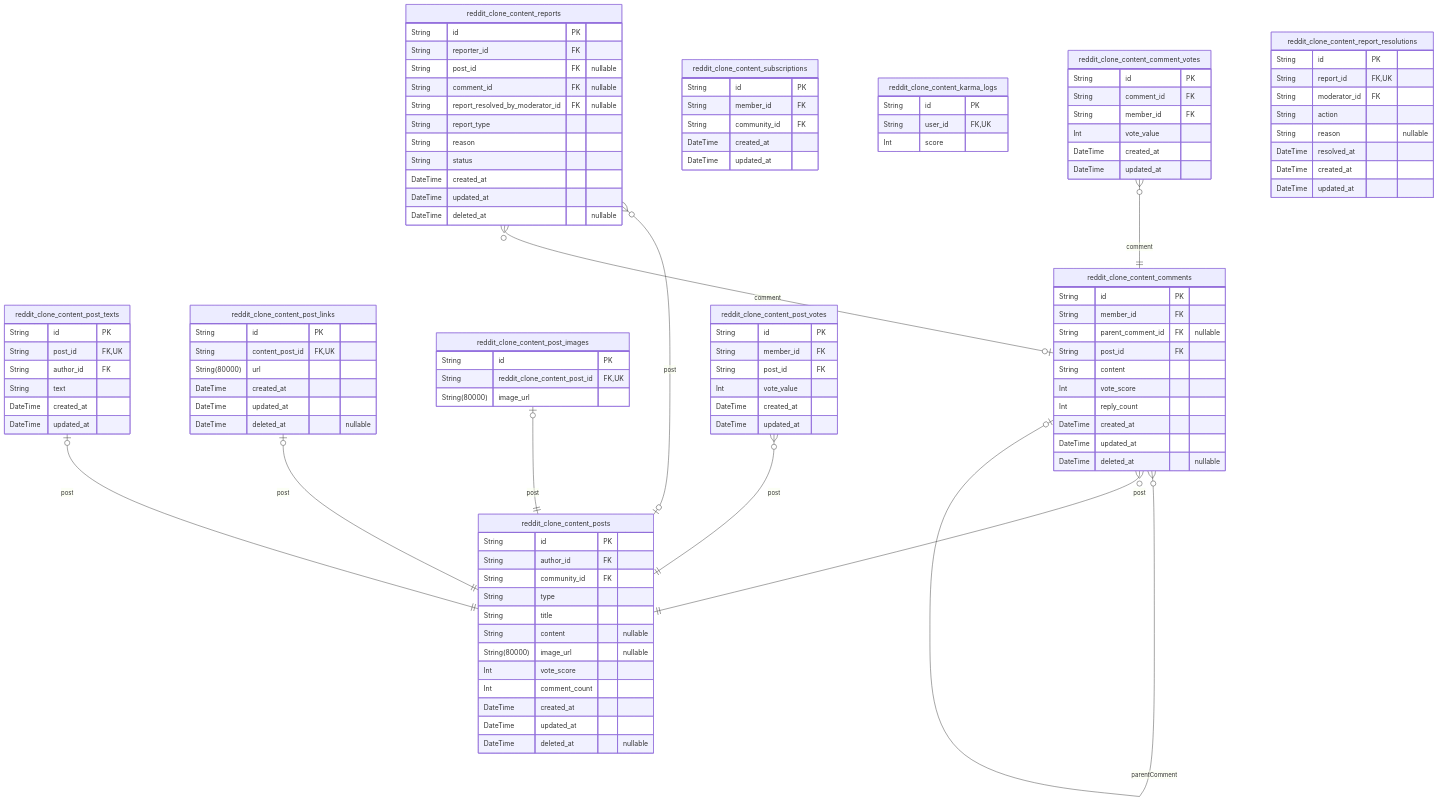
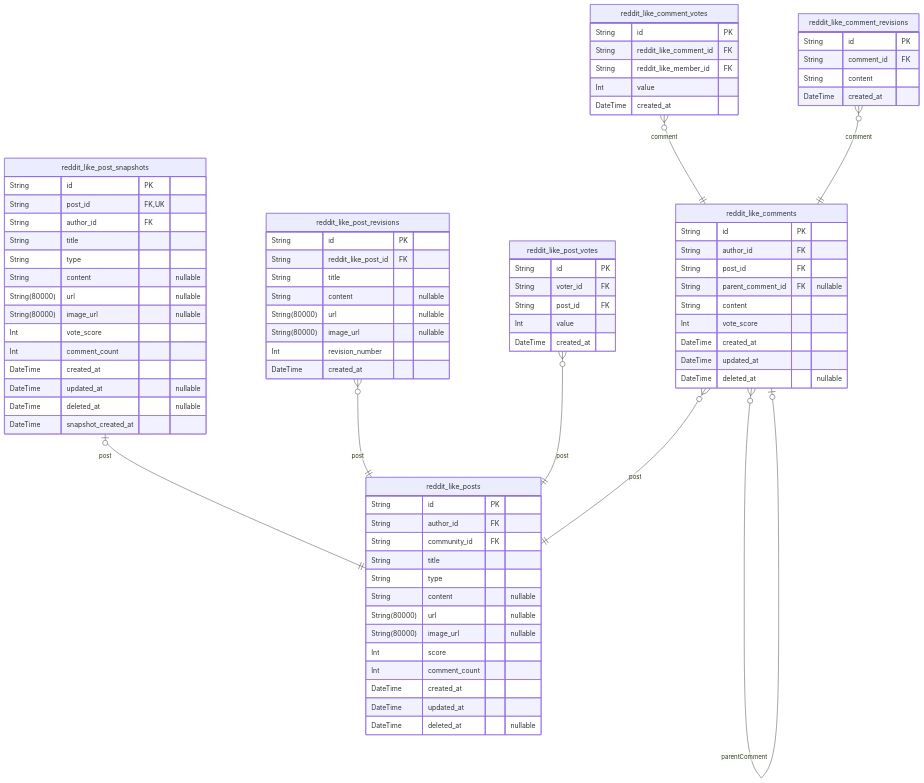
Before and after one commit to wrtnlabs/autobe-examples: the third of 6 diagrams in qwen/qwen3-coder-next/reddit/docs/ERD.md, drawn with Mermaid. The commit also changed other lines of this file and 17098 other files, not shown here.

````diff
--- a/qwen/qwen3-coder-next/reddit/docs/ERD.md
+++ b/qwen/qwen3-coder-next/reddit/docs/ERD.md
@@ -642,110 +571,82 @@
 ```mermaid
 erDiagram
-"reddit_clone_content_posts" {
+"reddit_like_posts" {
   String id PK
   String author_id FK
   String community_id FK
+  String title
   String type
-  String title
   String content "nullable"
+  String(80000) url "nullable"
   String(80000) image_url "nullable"
-  Int vote_score
+  Int score
   Int comment_count
   DateTime created_at
   DateTime updated_at
   DateTime deleted_at "nullable"
 }
-"reddit_clone_content_post_texts" {
+"reddit_like_post_snapshots" {
   String id PK
   String post_id FK,UK
   String author_id FK
-  String text
+  String title
+  String type
+  String content "nullable"
+  String(80000) url "nullable"
+  String(80000) image_url "nullable"
+  Int vote_score
+  Int comment_count
   DateTime created_at
-  DateTime updated_at
+  DateTime updated_at "nullable"
+  DateTime deleted_at "nullable"
+  DateTime snapshot_created_at
 }
-"reddit_clone_content_post_links" {
+"reddit_like_post_revisions" {
   String id PK
-  String content_post_id FK,UK
-  String(80000) url
+  String reddit_like_post_id FK
+  String title
+  String content "nullable"
+  String(80000) url "nullable"
+  String(80000) image_url "nullable"
+  Int revision_number
+  DateTime created_at
+}
+"reddit_like_post_votes" {
+  String id PK
+  String voter_id FK
+  String post_id FK
+  Int value
+  DateTime created_at
+}
+"reddit_like_comments" {
+  String id PK
+  String author_id FK
+  String post_id FK
+  String parent_comment_id FK "nullable"
+  String content
+  Int vote_score
   DateTime created_at
   DateTime updated_at
   DateTime deleted_at "nullable"
 }
-"reddit_clone_content_post_images" {
+"reddit_like_comment_votes" {
   String id PK
-  String reddit_clone_content_post_id FK,UK
-  String(80000) image_url
+  String reddit_like_comment_id FK
+  String reddit_like_member_id FK
+  Int value
+  DateTime created_at
 }
-"reddit_clone_content_comments" {
-  String id PK
-  String member_id FK
-  String parent_comment_id FK "nullable"
-  String post_id FK
-  String content
-  Int vote_score
-  Int reply_count
-  DateTime created_at
-  DateTime updated_at
-  DateTime deleted_at "nullable"
-}
-"reddit_clone_content_post_votes" {
-  String id PK
-  String member_id FK
-  String post_id FK
-  Int vote_value
-  DateTime created_at
-  DateTime updated_at
-}
-"reddit_clone_content_comment_votes" {
+"reddit_like_comment_revisions" {
   String id PK
   String comment_id FK
-  String member_id FK
-  Int vote_value
+  String content
   DateTime created_at
-  DateTime updated_at
 }
-"reddit_clone_content_subscriptions" {
-  String id PK
-  String member_id FK
-  String community_id FK
-  DateTime created_at
-  DateTime updated_at
-}
-"reddit_clone_content_karma_logs" {
-  String id PK
-  String user_id FK,UK
-  Int score
-}
-"reddit_clone_content_reports" {
-  String id PK
-  String reporter_id FK
-  String post_id FK "nullable"
-  String comment_id FK "nullable"
-  String report_resolved_by_moderator_id FK "nullable"
-  String report_type
-  String reason
-  String status
-  DateTime created_at
-  DateTime updated_at
-  DateTime deleted_at "nullable"
-}
-"reddit_clone_content_report_resolutions" {
-  String id PK
-  String report_id FK,UK
-  String moderator_id FK
-  String action
-  String reason "nullable"
-  DateTime resolved_at
-  DateTime created_at
-  DateTime updated_at
-}
-"reddit_clone_content_post_texts" |o--|| "reddit_clone_content_posts" : post
-"reddit_clone_content_post_links" |o--|| "reddit_clone_content_posts" : post
-"reddit_clone_content_post_images" |o--|| "reddit_clone_content_posts" : post
-"reddit_clone_content_comments" }o--o| "reddit_clone_content_comments" : parentComment
-"reddit_clone_content_comments" }o--|| "reddit_clone_content_posts" : post
-"reddit_clone_content_post_votes" }o--|| "reddit_clone_content_posts" : post
-"reddit_clone_content_comment_votes" }o--|| "reddit_clone_content_comments" : comment
-"reddit_clone_content_reports" }o--o| "reddit_clone_content_posts" : post
-"reddit_clone_content_reports" }o--o| "reddit_clone_content_comments" : comment
+"reddit_like_post_snapshots" |o--|| "reddit_like_posts" : post
+"reddit_like_post_revisions" }o--|| "reddit_like_posts" : post
+"reddit_like_post_votes" }o--|| "reddit_like_posts" : post
+"reddit_like_comments" }o--|| "reddit_like_posts" : post
+"reddit_like_comments" }o--o| "reddit_like_comments" : parentComment
+"reddit_like_comment_votes" }o--|| "reddit_like_comments" : comment
+"reddit_like_comment_revisions" }o--|| "reddit_like_comments" : comment
 ```
````
